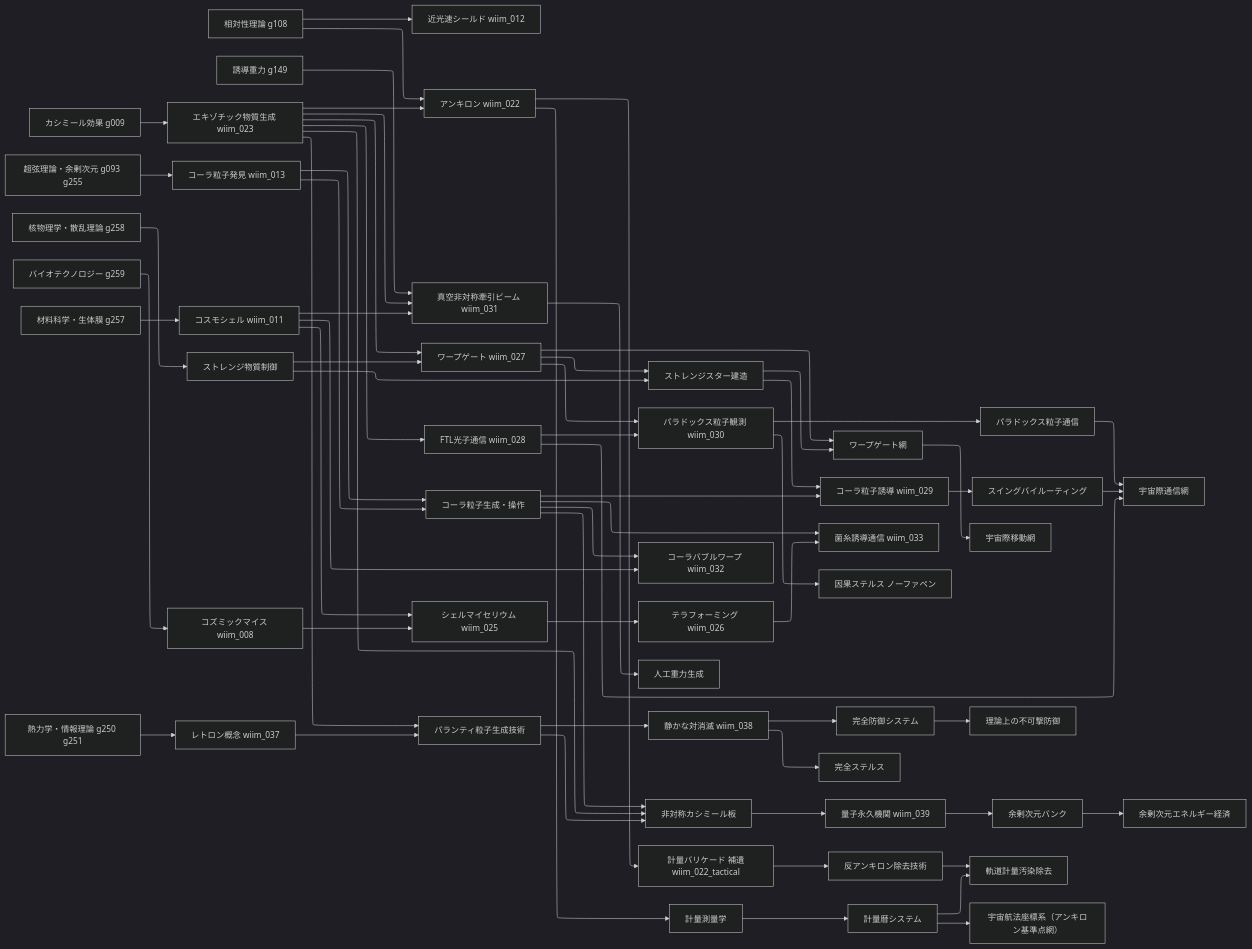
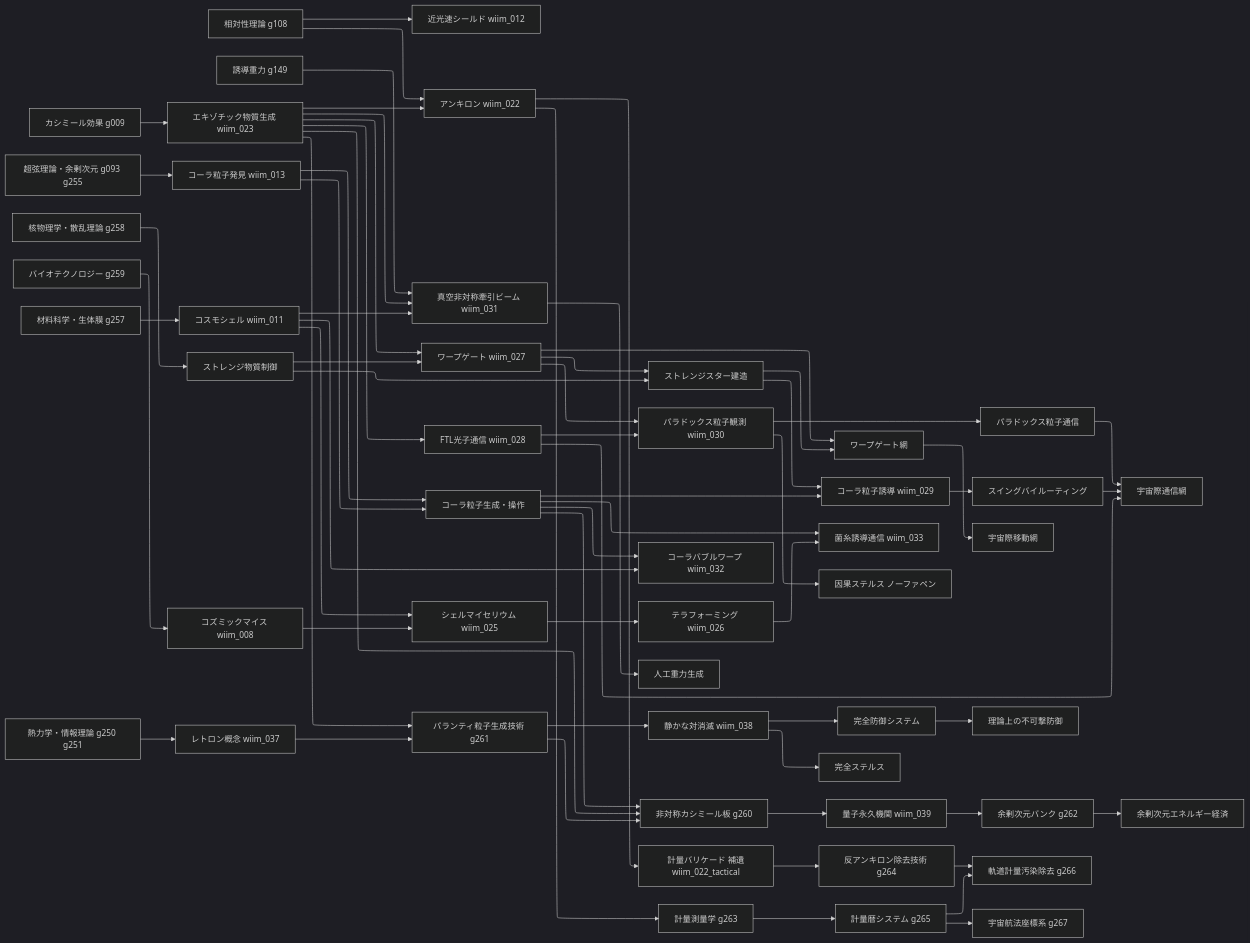
One commit to theronium/WhatIfImpossible changed the first of 11 diagrams in docs/notes/tech_tree.md. Above: the diagram before and after it, drawn with Mermaid (dark theme). The commit also changed other lines of this file and 18 other files, not shown here.

````diff
--- a/docs/notes/tech_tree.md
+++ b/docs/notes/tech_tree.md
@@ -16,78 +16,78 @@
 ```mermaid
 %%{init: {"layout": "elk"}}%%
 flowchart LR
     C0A[カシミール効果 g009]
     C0B[超弦理論・余剰次元 g093 g255]
     C0C[核物理学・散乱理論 g258]
     C0D[バイオテクノロジー g259]
     C0E[相対性理論 g108]
     C0F[材料科学・生体膜 g257]
     C0G[誘導重力 g149]
     C0H[熱力学・情報理論 g250 g251]
 
     C0A --> T1A[エキゾチック物質生成 wiim_023]
     C0B --> T1B[コーラ粒子発見 wiim_013]
     C0F --> T1C[コスモシェル wiim_011]
     C0C --> T1D[ストレンジ物質制御]
     C0D --> T1E[コズミックマイス wiim_008]
     C0E --> T2F[近光速シールド wiim_012]
     C0E --> T1F[アンキロン wiim_022]
     T1A --> T1F
     C0G --> T2G[真空非対称牽引ビーム wiim_031]
 
     T1A --> T2A[ワープゲート wiim_027]
     T1A --> T2B[FTL光子通信 wiim_028]
     T1A --> T2G
     T1B --> T2C[コーラ粒子生成・操作]
     T1C --> T2E[シェルマイセリウム wiim_025]
     T1C --> T2G
     T1D --> T2A
     T1D --> T2D[ストレンジスター建造]
     T1E --> T2E
 
     T2A --> T2D
     T2A --> T3A[ワープゲート網]
     T2A --> T2H[パラドックス粒子観測 wiim_030]
     T2B --> T2H
     T2C --> T3B[コーラ粒子誘導 wiim_029]
     T2C --> T3I[コーラバブルワープ wiim_032]
     T1C --> T3I
     T2D --> T3A
     T2D --> T3B
     T2E --> T3C[テラフォーミング wiim_026]
     T2C --> T3H[菌糸誘導通信 wiim_033]
     T3C --> T3H
     T2G --> T3E[人工重力生成]
     T2H --> T3F[因果ステルス ノーファペン]
     T2H --> T3G[パラドックス粒子通信]
 
     T3B --> T3D[スイングバイルーティング]
     T3D --> T4B[宇宙際通信網]
     T3A --> T4A[宇宙際移動網]
     T2B --> T4B
     T3G --> T4B
 
     C0H --> T1G[レトロン概念 wiim_037]
-    T1A --> T1H[パランティ粒子生成技術]
+    T1A --> T1H[パランティ粒子生成技術 g261]
     T1G --> T1H
     T1H --> T2N[静かな対消滅 wiim_038]
     T2N --> T3M[完全防御システム]
     T2N --> T3N[完全ステルス]
     T3M --> T4D[理論上の不可撃防御]
 
-    T1A --> T1I[非対称カシミール板]
+    T1A --> T1I[非対称カシミール板 g260]
     T1B --> T2C
     T2C --> T1I
     T1I --> T2O[量子永久機関 wiim_039]
     T1H --> T1I
-    T2O --> T3P[余剰次元バンク]
+    T2O --> T3P[余剰次元バンク g262]
     T3P --> T4E[余剰次元エネルギー経済]
 
     T1F --> T2K[計量バリケード 補遺wiim_022_tactical]
-    T1F --> T2L[計量測量学]
-    T2K --> T2M[反アンキロン除去技術]
-    T2L --> T3K[計量暦システム]
-    T2M --> T3L[軌道計量汚染除去]
+    T1F --> T2L[計量測量学 g263]
+    T2K --> T2M[反アンキロン除去技術 g264]
+    T2L --> T3K[計量暦システム g265]
+    T2M --> T3L[軌道計量汚染除去 g266]
     T3K --> T3L
-    T3K --> T4C[宇宙航法座標系（アンキロン基準点網）]
+    T3K --> T4C[宇宙航法座標系 g267]
 ```
````
